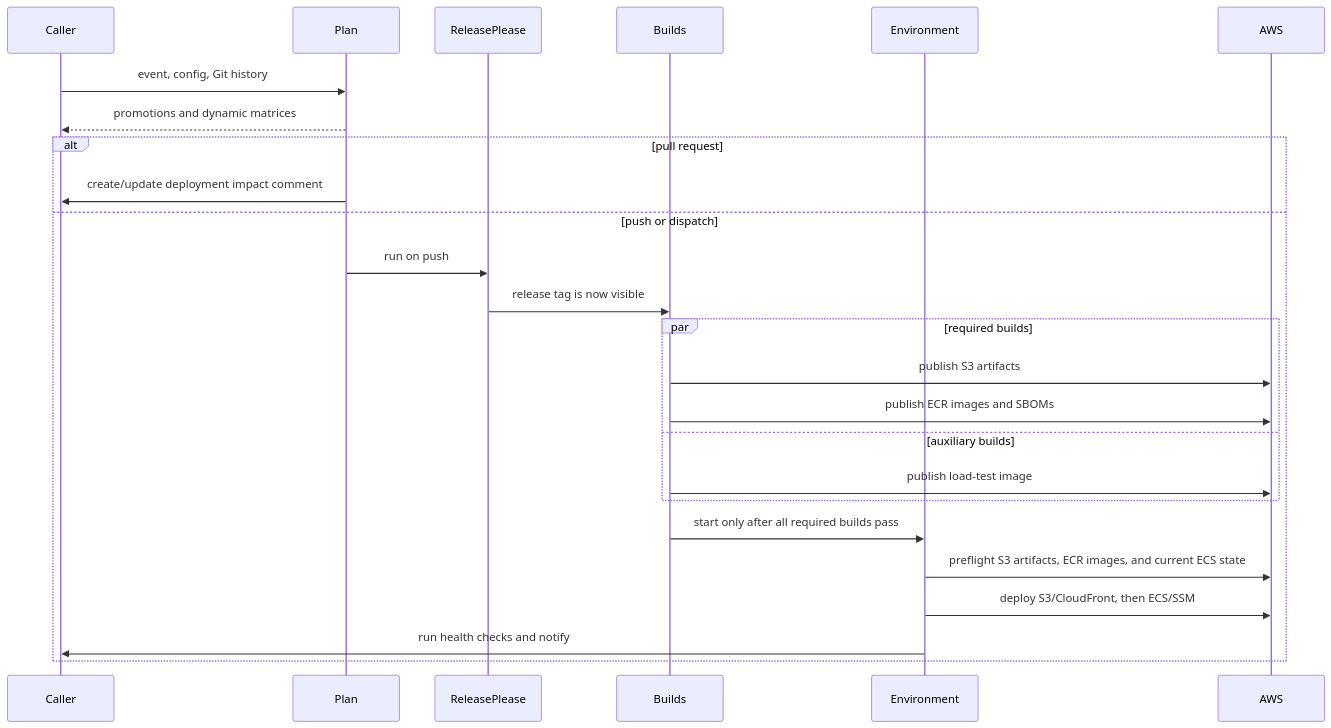
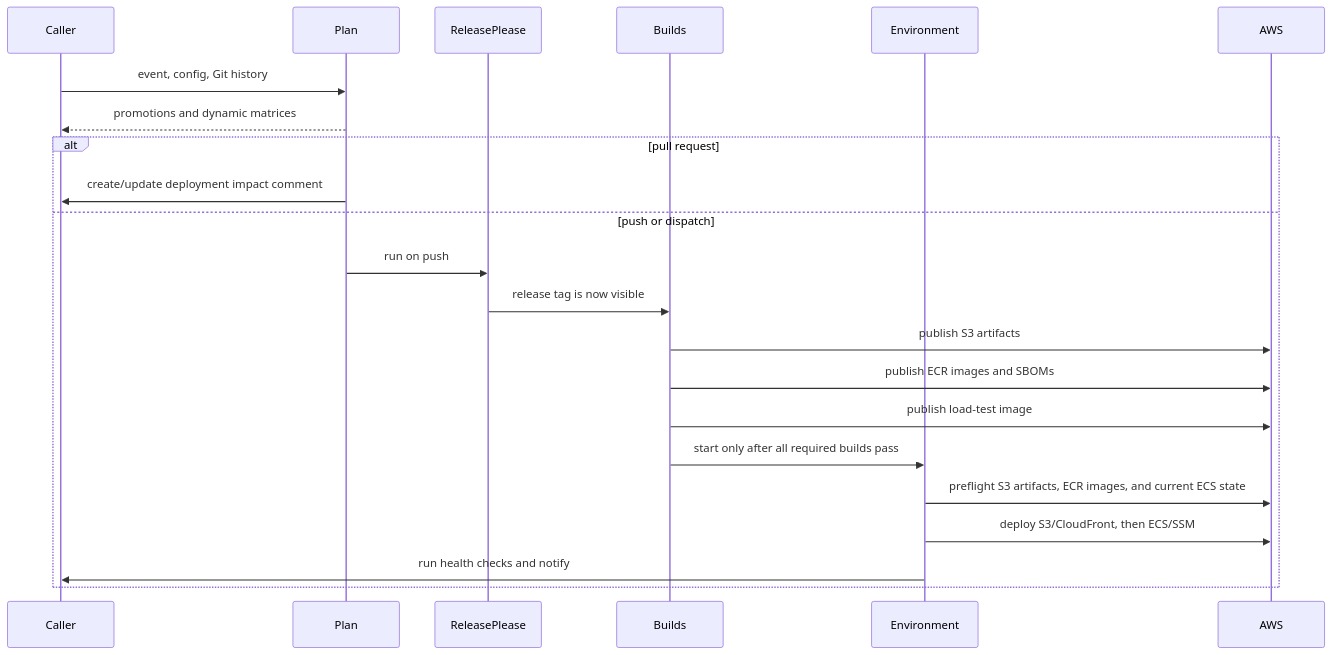
Before and after one commit to cds-snc/canadalogin-release-pipeline: the diagram in docs/architecture.md, drawn with Mermaid. The commit also changed 8 other files, not shown here.

Commit message:
refactor: require load-test builds

````diff
--- a/docs/architecture.md
+++ b/docs/architecture.md
@@ -66,28 +66,25 @@
 ```mermaid
 sequenceDiagram
     participant Caller
     participant Plan
     participant ReleasePlease
     participant Builds
     participant Environment
     participant AWS
 
     Caller->>Plan: event, config, Git history
     Plan-->>Caller: promotions and dynamic matrices
     alt pull request
         Plan->>Caller: create/update deployment impact comment
     else push or dispatch
         Plan->>ReleasePlease: run on push
         ReleasePlease->>Builds: release tag is now visible
-        par required builds
-            Builds->>AWS: publish S3 artifacts
-            Builds->>AWS: publish ECR images and SBOMs
-        and auxiliary builds
-            Builds->>AWS: publish load-test image
-        end
+        Builds->>AWS: publish S3 artifacts
+        Builds->>AWS: publish ECR images and SBOMs
+        Builds->>AWS: publish load-test image
         Builds->>Environment: start only after all required builds pass
         Environment->>AWS: preflight S3 artifacts, ECR images, and current ECS state
         Environment->>AWS: deploy S3/CloudFront, then ECS/SSM
         Environment->>Caller: run health checks and notify
     end
 ```
````
